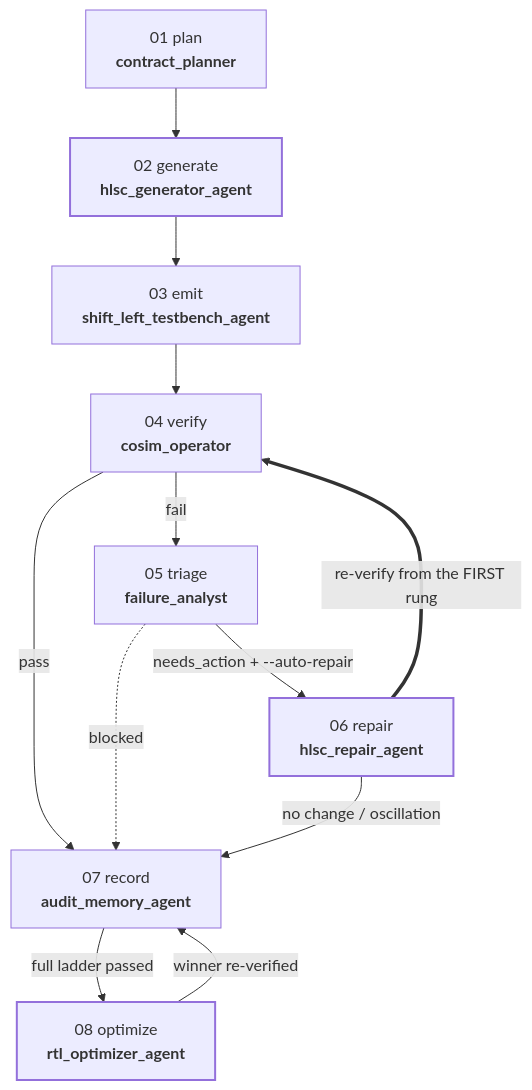
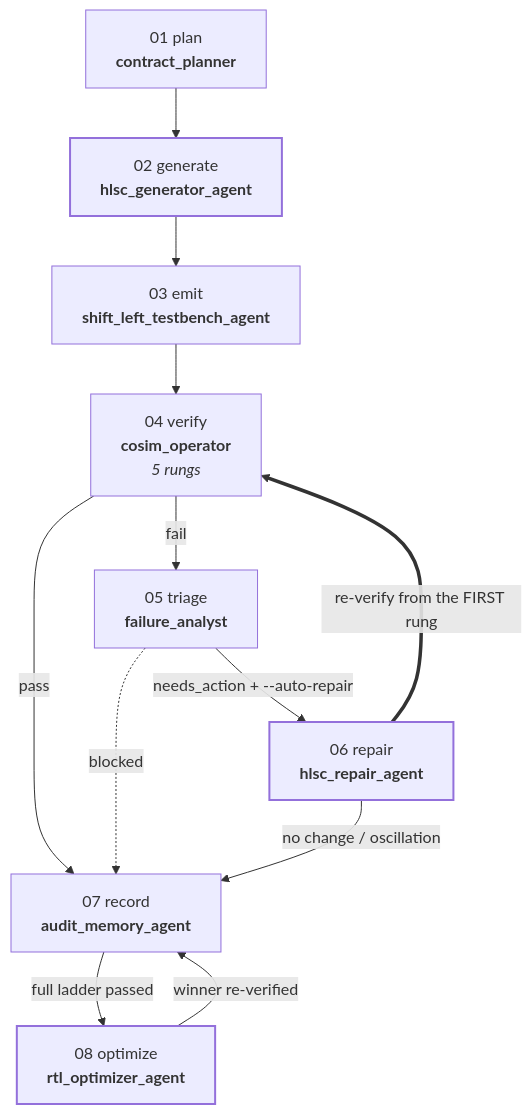
Before and after one commit to huluk98/c2hlsc-agent: the first of 8 diagrams in docs/workflow_end_to_end.md, drawn with Mermaid. The commit also changed other lines of this file and 25 other files, not shown here.

````diff
--- a/docs/workflow_end_to_end.md
+++ b/docs/workflow_end_to_end.md
@@ -53,17 +53,17 @@
 ```mermaid
 flowchart TD
     A["01 plan<br/><b>contract_planner</b>"] --> B["02 generate<br/><b>hlsc_generator_agent</b>"]
     B --> C["03 emit<br/><b>shift_left_testbench_agent</b>"]
-    C --> D["04 verify<br/><b>cosim_operator</b>"]
+    C --> D["04 verify<br/><b>cosim_operator</b><br/><i>5 rungs</i>"]
     D -- "fail" --> E["05 triage<br/><b>failure_analyst</b>"]
     D -- "pass" --> G["07 record<br/><b>audit_memory_agent</b>"]
     E -- "needs_action + --auto-repair" --> F["06 repair<br/><b>hlsc_repair_agent</b>"]
     E -. "blocked" .-> G
     F == "re-verify from the FIRST rung" ==> D
     F -- "no change / oscillation" --> G
     G -- "full ladder passed" --> H["08 optimize<br/><b>rtl_optimizer_agent</b>"]
     H -- "winner re-verified" --> G
 
     classDef llm stroke-width:2px,stroke-dasharray:0
     class B,F,H llm
 ```
````
